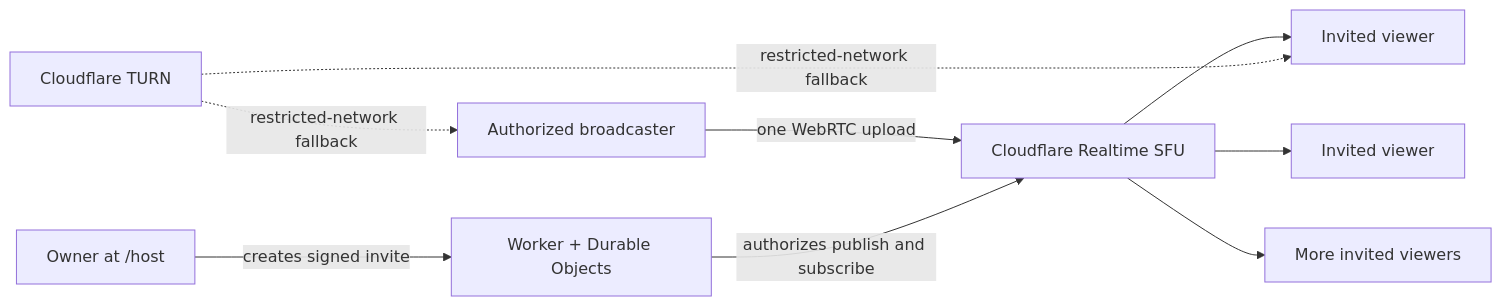
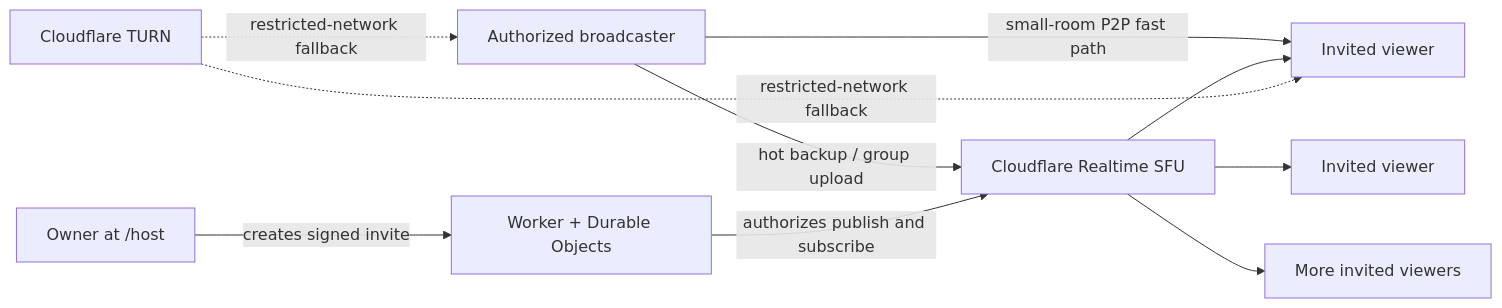
The diagram in README.md (jujizh/private-cinema-cloudflare), drawn with Mermaid before and after one commit. The commit also changed other lines of this file and 9 other files, not shown here.

````diff
--- a/README.md
+++ b/README.md
@@ -24,11 +24,12 @@
 ```mermaid
 flowchart LR
   O[Owner at /host] -->|creates signed invite| W[Worker + Durable Objects]
-  H[Authorized broadcaster] -->|one WebRTC upload| S[Cloudflare Realtime SFU]
+  H[Authorized broadcaster] -->|hot backup / group upload| S[Cloudflare Realtime SFU]
+  H -->|small-room P2P fast path| V1
   W -->|authorizes publish and subscribe| S
   S --> V1[Invited viewer]
   S --> V2[Invited viewer]
   S --> VN[More invited viewers]
   T[Cloudflare TURN] -. restricted-network fallback .-> H
   T -. restricted-network fallback .-> V1
 ```
````
